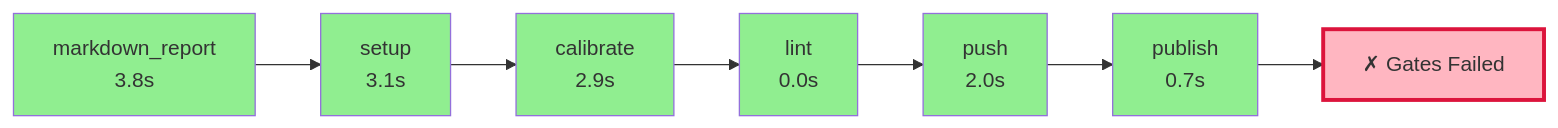
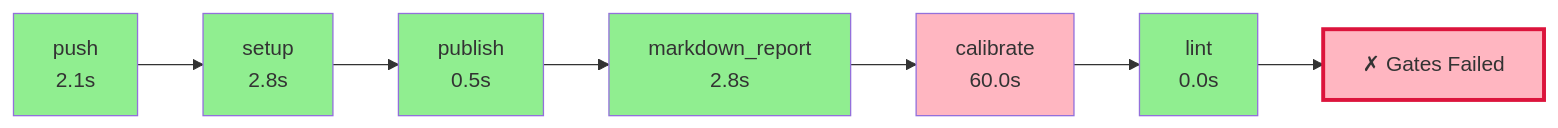
One commit to wronai/fixos changed the diagram in .pyqual/report.md. Above: the diagram before and after it, drawn with Mermaid. The commit also changed other lines of this file and 2 other files, not shown here.

````diff
--- a/.pyqual/report.md
+++ b/.pyqual/report.md
@@ -10,23 +10,23 @@
 ```mermaid
 flowchart LR
-    S0["markdown_report<br/>3.8s"]
+    S0["push<br/>2.1s"]
     style S0 fill:#90EE90
-    S1["setup<br/>3.1s"]
+    S1["setup<br/>2.8s"]
     style S1 fill:#90EE90
     S0 --> S1
-    S2["calibrate<br/>2.9s"]
+    S2["publish<br/>0.5s"]
     style S2 fill:#90EE90
     S1 --> S2
-    S3["lint<br/>0.0s"]
+    S3["markdown_report<br/>2.8s"]
     style S3 fill:#90EE90
     S2 --> S3
-    S4["push<br/>2.0s"]
-    style S4 fill:#90EE90
+    S4["calibrate<br/>60.0s"]
+    style S4 fill:#FFB6C1
     S3 --> S4
-    S5["publish<br/>0.7s"]
+    S5["lint<br/>0.0s"]
     style S5 fill:#90EE90
     S4 --> S5
     G["✗ Gates Failed"]
     style G fill:#FFB6C1,stroke:#DC143C,stroke-width:3px
     S5 --> G
 ```
````
